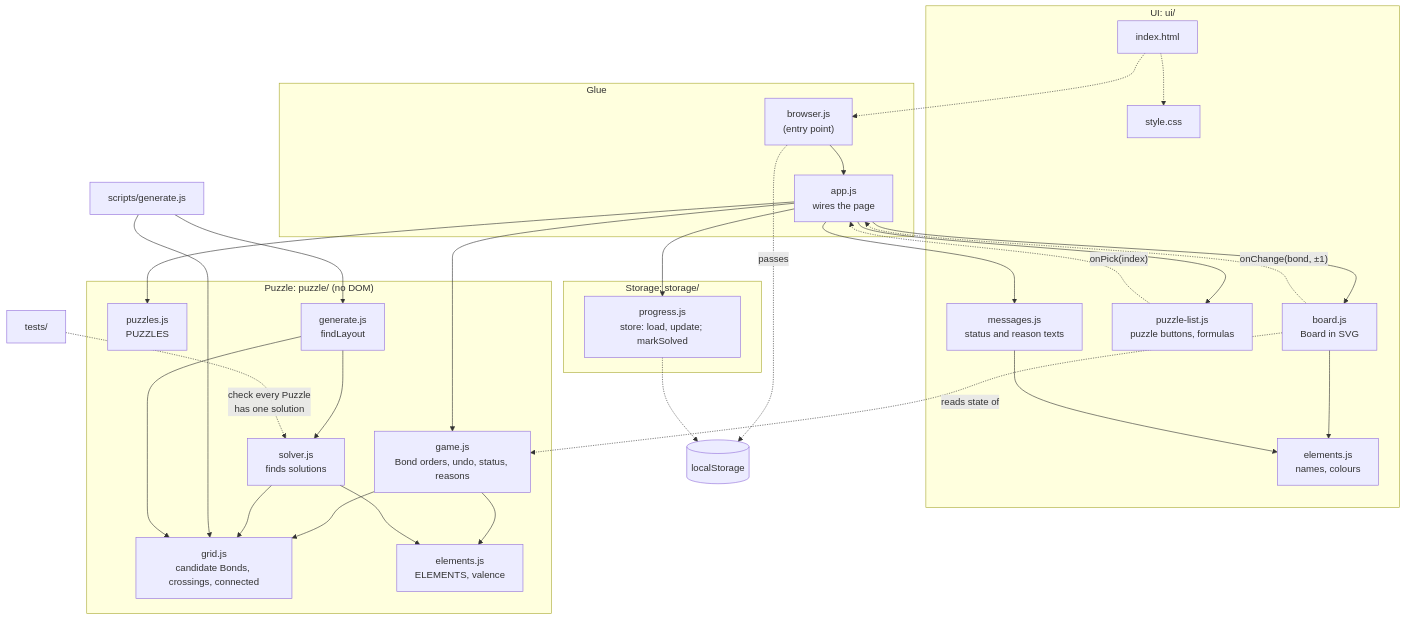
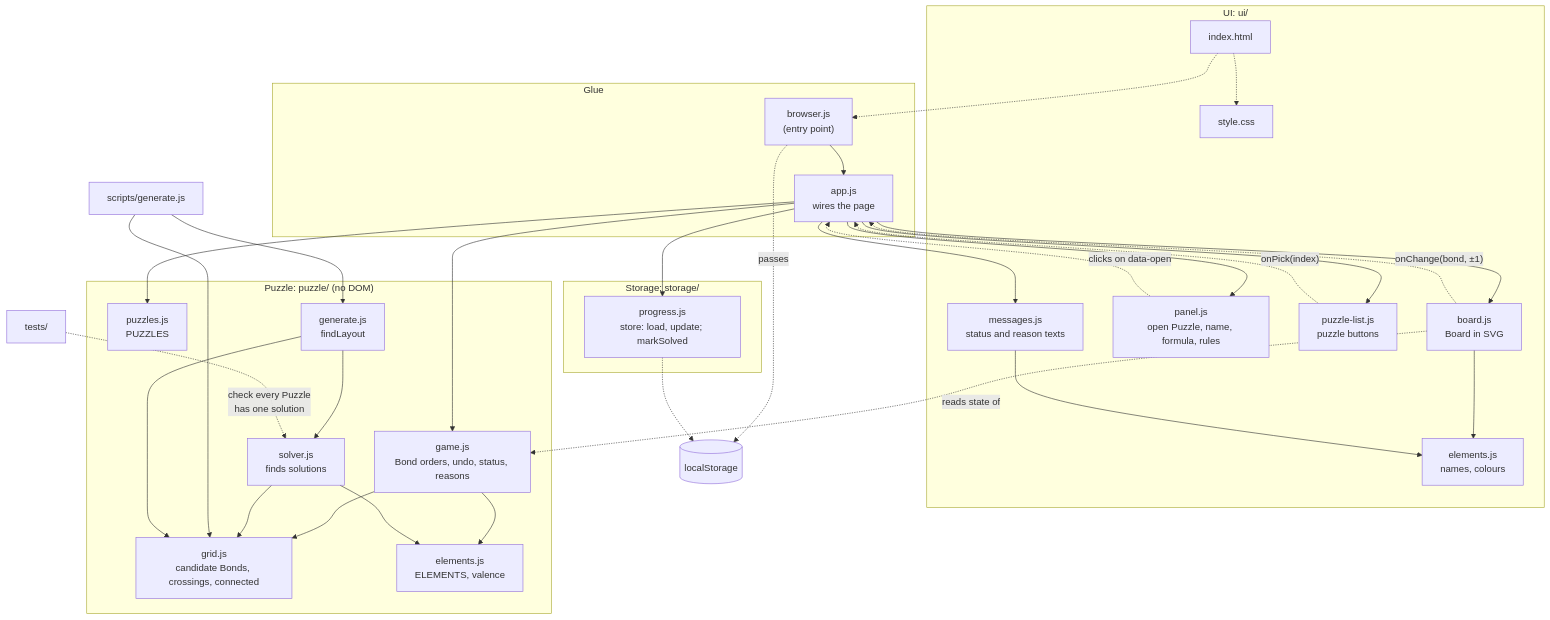
One commit to treetopbottle/molecuzzle changed the diagram in README.md. Above: the diagram before and after it, drawn with Mermaid. The commit also changed other lines of this file and 5 other files, not shown here.

````diff
--- a/README.md
+++ b/README.md
@@ -54,64 +54,67 @@
 ```mermaid
 flowchart TD
   subgraph glue["Glue"]
     browser["browser.js<br/>(entry point)"]
     app["app.js<br/>wires the page"]
   end
 
   subgraph ui["UI: ui/"]
     html["index.html"]
     css["style.css"]
     board["board.js<br/>Board in SVG"]
-    list["puzzle-list.js<br/>puzzle buttons, formulas"]
+    panel["panel.js<br/>open Puzzle, name, formula, rules"]
+    list["puzzle-list.js<br/>puzzle buttons"]
     messages["messages.js<br/>status and reason texts"]
     looks["elements.js<br/>names, colours"]
   end
 
   subgraph puzzle["Puzzle: puzzle/ (no DOM)"]
     puzzles["puzzles.js<br/>PUZZLES"]
     game["game.js<br/>Bond orders, undo, status, reasons"]
     grid["grid.js<br/>candidate Bonds, crossings, connected"]
     solver["solver.js<br/>finds solutions"]
     gen["generate.js<br/>findLayout"]
     elements["elements.js<br/>ELEMENTS, valence"]
   end
 
   subgraph storage["Storage: storage/"]
     progress["progress.js<br/>store: load, update; markSolved"]
   end
 
   local[("localStorage")]
   generate["scripts/generate.js"]
   tests["tests/"]
 
   html -.-> css
   html -.-> browser
   browser --> app
   browser -. "passes" .-> local
 
   app --> puzzles
   app --> game
   app --> board
+  app --> panel
   app --> list
   app --> messages
   app --> progress
 
   board --> looks
   messages --> looks
   board -. "onChange(bond, ±1)" .-> app
   board -. "reads state of" .-> game
   list -. "onPick(index)" .-> app
+  panel -. "clicks on data-open" .-> app
 
   game --> elements
   game --> grid
   solver --> elements
   solver --> grid
 
   progress -.-> local
 
   generate --> gen
   generate --> grid
   gen --> grid
   gen --> solver
   tests -. "check every Puzzle<br/>has one solution" .-> solver
 ```
````
